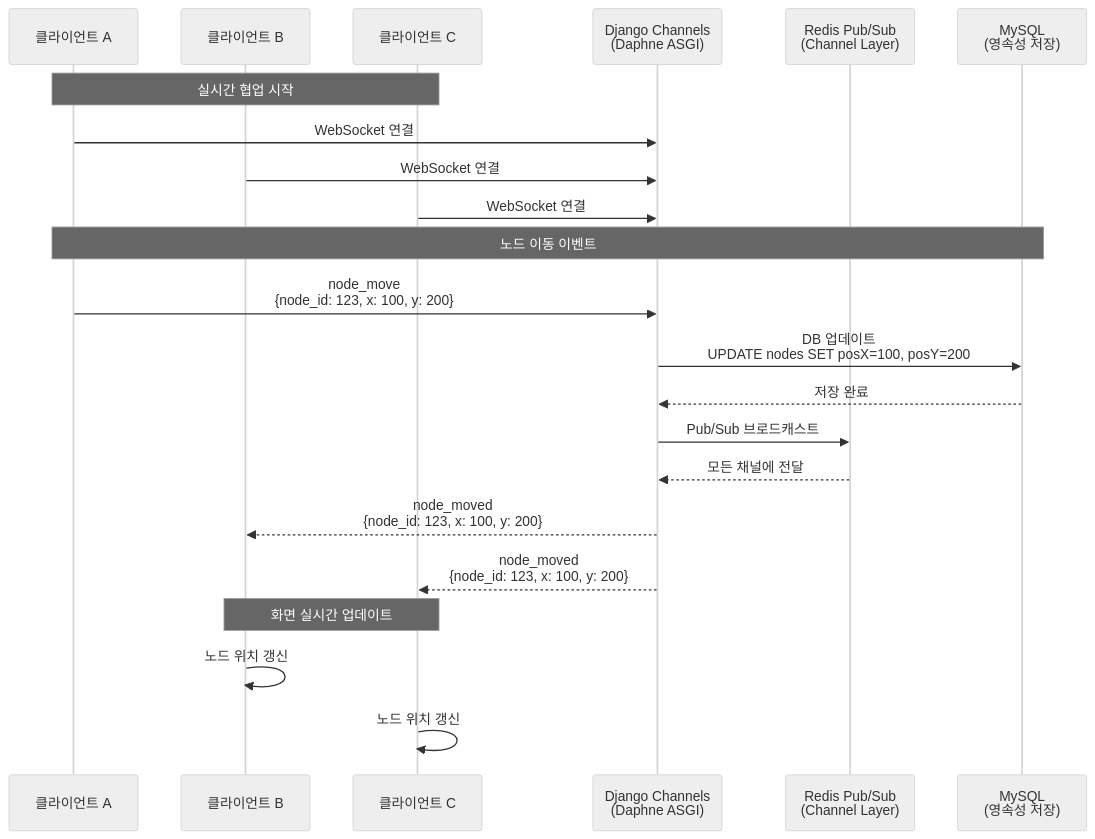
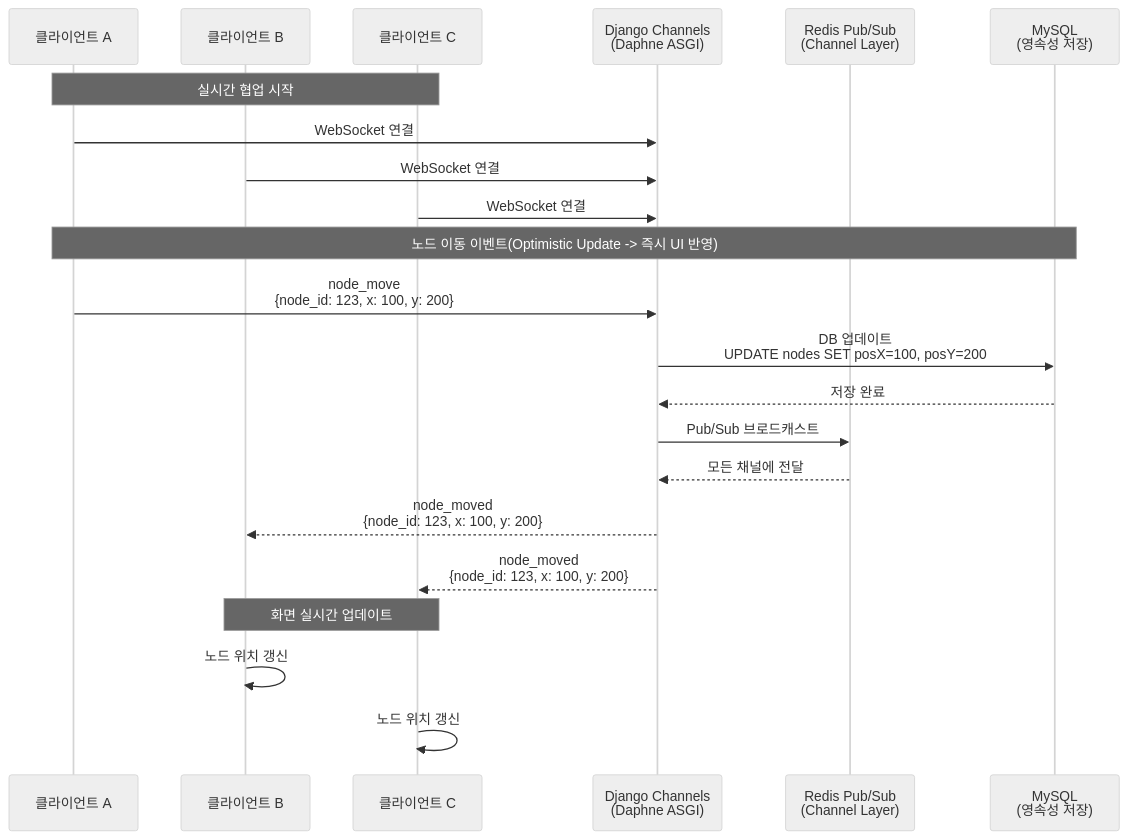
The diagram in docs/technical/features/realtime-mindmap.md (TlesMes/TeamMoa-Refactor), drawn with Mermaid (neutral theme) before and after one commit. The commit also changed other lines of this file, not shown here.

Commit message:
docs(mindmap): 마인드맵 websocket 흐름 그래프 구체화

````diff
--- a/docs/technical/features/realtime-mindmap.md
+++ b/docs/technical/features/realtime-mindmap.md
@@ -131,27 +131,27 @@
 ```mermaid
 sequenceDiagram
     participant A as 클라이언트 A
     participant B as 클라이언트 B
     participant C as 클라이언트 C
     participant Channels as Django Channels<br/>(Daphne ASGI)
     participant Redis as Redis Pub/Sub<br/>(Channel Layer)
     participant MySQL as MySQL<br/>(영속성 저장)
 
     Note over A,C: 실시간 협업 시작
     A->>Channels: WebSocket 연결
     B->>Channels: WebSocket 연결
     C->>Channels: WebSocket 연결
 
-    Note over A,MySQL: 노드 이동 이벤트
+    Note over A,MySQL: 노드 이동 이벤트(Optimistic Update -> 즉시 UI 반영)
     A->>Channels: node_move<br/>{node_id: 123, x: 100, y: 200}
     Channels->>MySQL: DB 업데이트<br/>UPDATE nodes SET posX=100, posY=200
     MySQL-->>Channels: 저장 완료
     Channels->>Redis: Pub/Sub 브로드캐스트
     Redis-->>Channels: 모든 채널에 전달
     Channels-->>B: node_moved<br/>{node_id: 123, x: 100, y: 200}
     Channels-->>C: node_moved<br/>{node_id: 123, x: 100, y: 200}
 
     Note over B,C: 화면 실시간 업데이트
     B->>B: 노드 위치 갱신
     C->>C: 노드 위치 갱신
 ```
````
